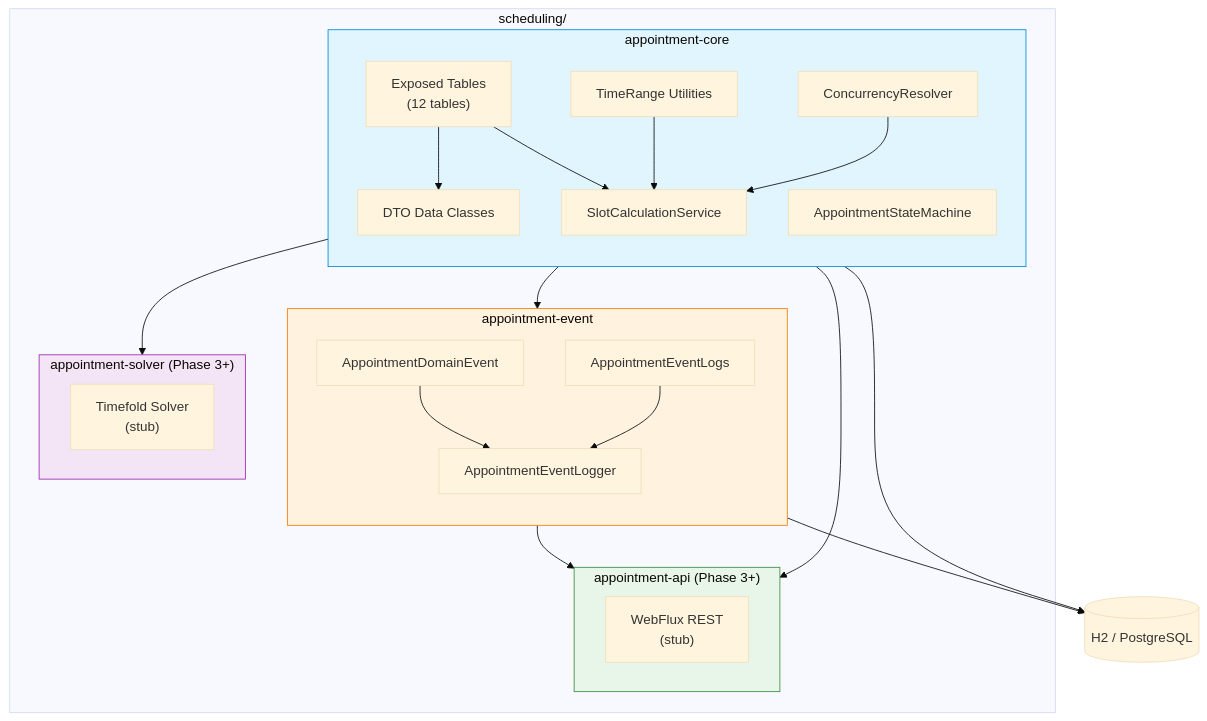
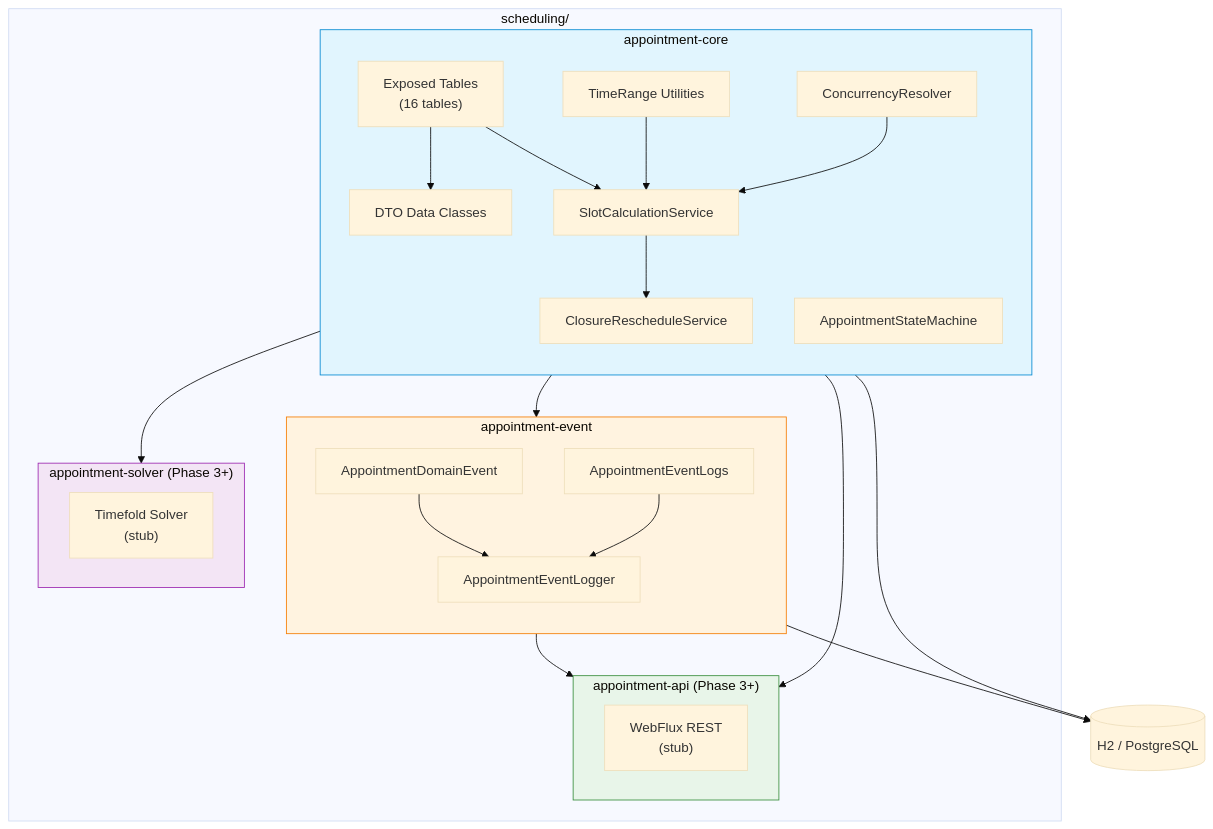
The first of 9 diagrams in scheduling/README.md (bluetape4k/bluetape4k-experimental), drawn with Mermaid (base theme) before and after one commit. The commit also changed other lines of this file, not shown here.

````diff
--- a/scheduling/README.md
+++ b/scheduling/README.md
@@ -10,51 +10,53 @@
 ```mermaid
 graph TB
     subgraph "scheduling/"
         subgraph core["appointment-core"]
             direction TB
-            Tables["Exposed Tables<br/>(12 tables)"]
+            Tables["Exposed Tables<br/>(16 tables)"]
             DTOs["DTO Data Classes"]
             SM["AppointmentStateMachine"]
             TR["TimeRange Utilities"]
             CR["ConcurrencyResolver"]
             SCS["SlotCalculationService"]
+            CRS["ClosureRescheduleService"]
 
             Tables --> DTOs
             TR --> SCS
             CR --> SCS
             Tables --> SCS
+            SCS --> CRS
         end
 
         subgraph event["appointment-event"]
             direction TB
             DE["AppointmentDomainEvent"]
             EL["AppointmentEventLogs"]
             Logger["AppointmentEventLogger"]
 
             DE --> Logger
             EL --> Logger
         end
 
         subgraph solver["appointment-solver (Phase 3+)"]
             TS["Timefold Solver<br/>(stub)"]
         end
 
         subgraph api["appointment-api (Phase 3+)"]
             WF["WebFlux REST<br/>(stub)"]
         end
     end
 
     core --> event
     core --> solver
     core --> api
     event --> api
 
     DB[(H2 / PostgreSQL)]
     Tables --> DB
     EL --> DB
 
     style core fill:#e1f5fe,stroke:#0288d1
     style event fill:#fff3e0,stroke:#f57c00
     style solver fill:#f3e5f5,stroke:#9c27b0
     style api fill:#e8f5e9,stroke:#388e3c
 ```
````
